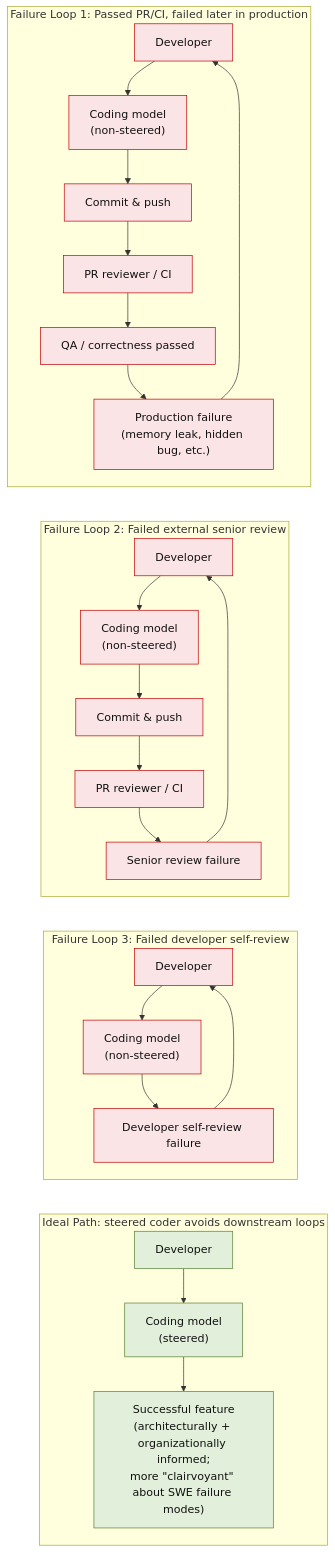
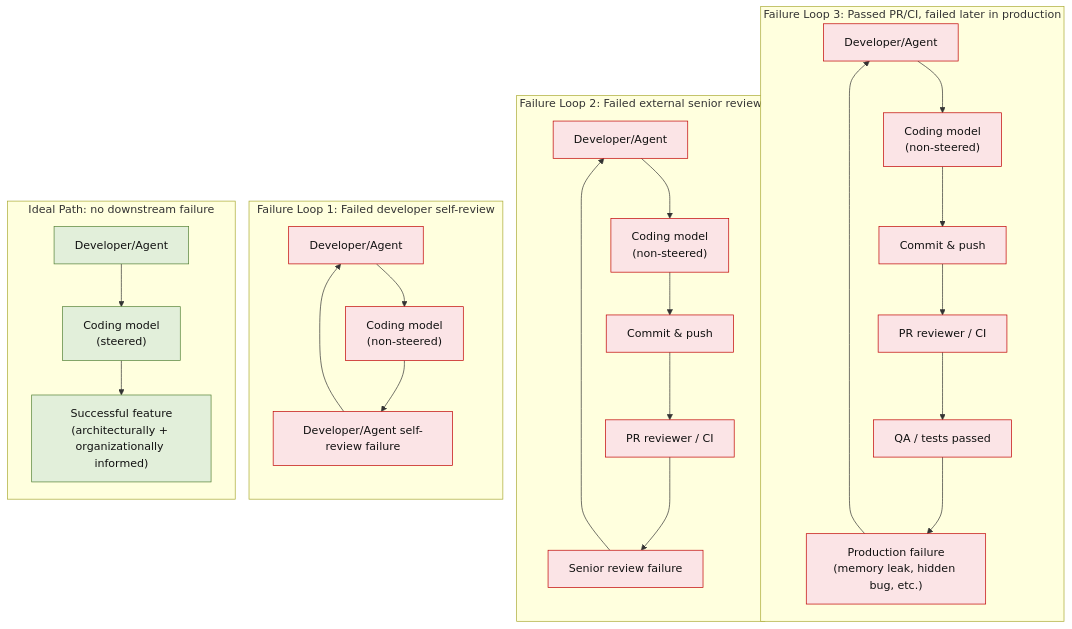
The second of 2 diagrams in docs/swe-jepa-research-proposal.md (arcyleung/SWE-JEPA), drawn with Mermaid before and after one commit. The commit also changed other lines of this file, not shown here.

Commit message:
Try to fix diagram

````diff
--- a/docs/swe-jepa-research-proposal.md
+++ b/docs/swe-jepa-research-proposal.md
@@ -558,42 +561,42 @@
 ```mermaid
 flowchart TB
-    subgraph L1["Failure Loop 1: Passed PR/CI, failed later in production"]
-        D1["Developer"] --> M1["Coding model<br/>(non-steered)"]
+    subgraph L1["Failure Loop 3: Passed PR/CI, failed later in production"]
+        D1["Developer/Agent"] --> M1["Coding model<br/>(non-steered)"]
         M1 --> P1["Commit & push"]
         P1 --> R1["PR reviewer / CI"]
-        R1 --> Q1["QA / correctness passed"]
+        R1 --> Q1["QA / tests passed"]
         Q1 --> F1["Production failure<br/>(memory leak, hidden bug, etc.)"]
         F1 --> D1
     end
 
     subgraph L2["Failure Loop 2: Failed external senior review"]
-        D2["Developer"] --> M2["Coding model<br/>(non-steered)"]
+        D2["Developer/Agent"] --> M2["Coding model<br/>(non-steered)"]
         M2 --> P2["Commit & push"]
         P2 --> R2["PR reviewer / CI"]
         R2 --> F2["Senior review failure"]
         F2 --> D2
     end
 
-    subgraph L3["Failure Loop 3: Failed developer self-review"]
-        D3["Developer"] --> M3["Coding model<br/>(non-steered)"]
-        M3 --> F3["Developer self-review failure"]
+    subgraph L3["Failure Loop 1: Failed developer self-review"]
+        D3["Developer/Agent"] --> M3["Coding model<br/>(non-steered)"]
+        M3 --> F3["Developer/Agent self-review failure"]
         F3 --> D3
     end
 
-    subgraph L4["Ideal Path: steered coder avoids downstream loops"]
-        D4["Developer"] --> M4["Coding model<br/>(steered)"]
-        M4 --> S4["Successful feature<br/>(architecturally + organizationally informed;<br/>more &quot;clairvoyant&quot; about SWE failure modes)"]
+    subgraph L4["Ideal Path: no downstream failure"]
+        D4["Developer/Agent"] --> M4["Coding model<br/>(steered)"]
+        M4 --> S4["Successful feature<br/>(architecturally + organizationally informed)"]
     end
 
     classDef fail fill:#fbe4e6,stroke:#c00000,color:#111;
     classDef ideal fill:#e2efda,stroke:#538135,color:#111;
 
-    F1 --> D2
-    F2 --> D3
-    F3 --> D4
+    D1 --> D2
+    D2 --> D3
+    D3 --> M4
 
     class D1,M1,P1,R1,Q1,F1,D2,M2,P2,R2,F2,D3,M3,F3 fail;
     class D4,M4,S4 ideal;
 
-    linkStyle 16,17,18 stroke:transparent,fill:none;
+  linkStyle 16,17,18 stroke:transparent,fill:none;
 ```
````
